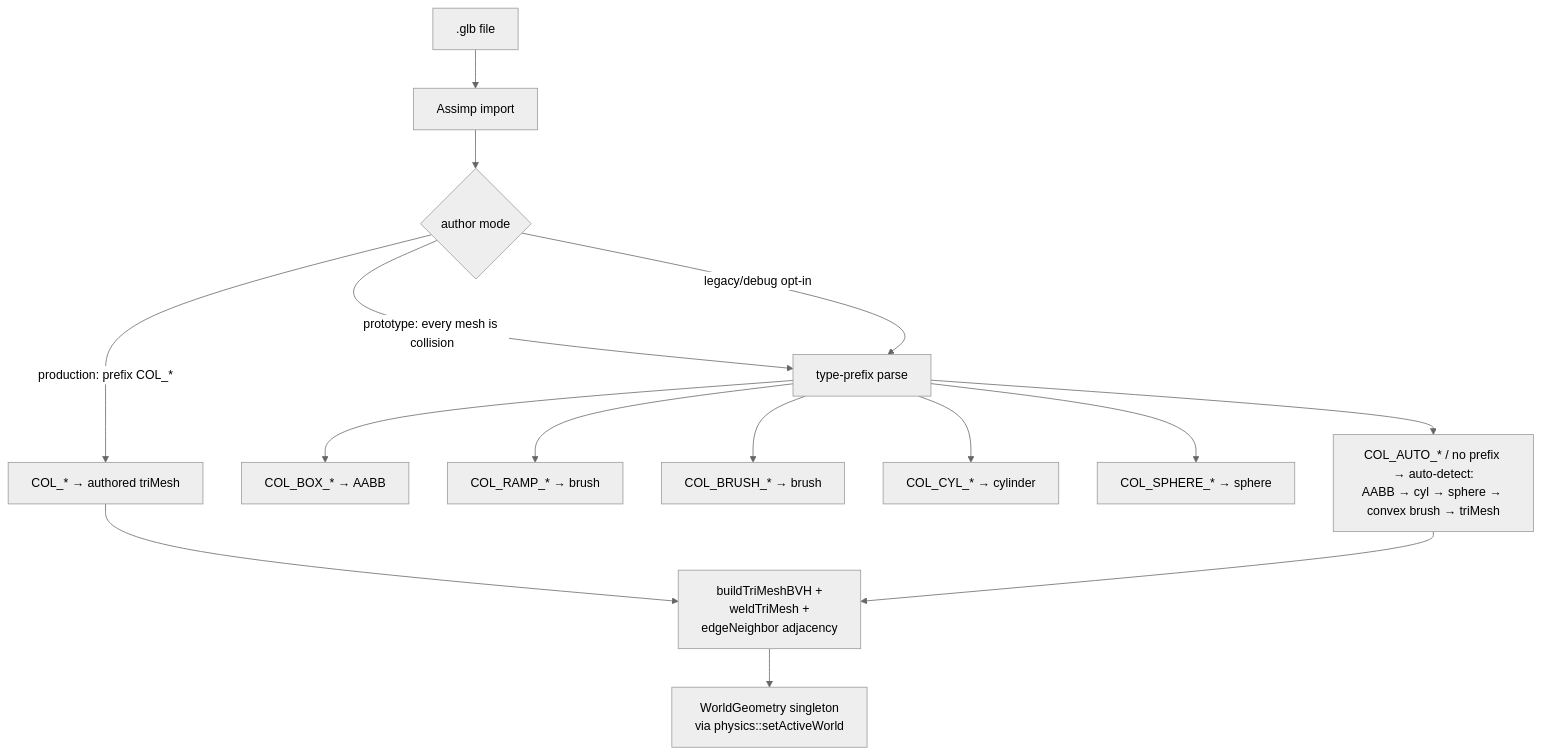
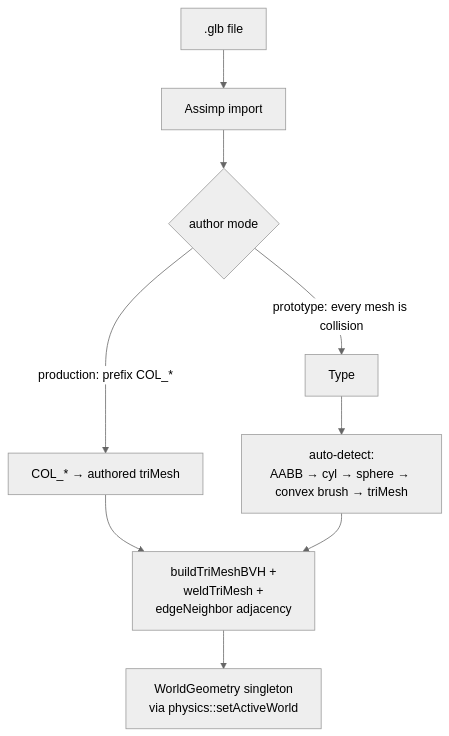
One commit to ucsd-cse125-sp26/group2 changed the third of 6 diagrams in docs/collisions.md. Above: the diagram before and after it, drawn with Mermaid (neutral theme). The commit also changed 4 other files, not shown here.

````diff
--- a/docs/collisions.md
+++ b/docs/collisions.md
@@ -58,17 +58,11 @@
 ```mermaid
 flowchart TD
   GLB[.glb file] --> Imp[Assimp import]
   Imp --> AuthMode{author mode}
   AuthMode -- "prototype: every mesh is collision" --> Type
   AuthMode -- "production: prefix COL_*" --> Mesh[COL_* → authored triMesh]
-  AuthMode -- "legacy/debug opt-in" --> Type[type-prefix parse]
-  Type --> Box[COL_BOX_* → AABB]
-  Type --> Ramp[COL_RAMP_* → brush]
-  Type --> Brush[COL_BRUSH_* → brush]
-  Type --> Cyl[COL_CYL_* → cylinder]
-  Type --> Sphere[COL_SPHERE_* → sphere]
-  Type --> Auto[COL_AUTO_* / no prefix → auto-detect:<br/>AABB → cyl → sphere → convex brush → triMesh]
+  Type --> Auto[auto-detect:<br/>AABB → cyl → sphere → convex brush → triMesh]
   Mesh --> Cook[buildTriMeshBVH +<br/>weldTriMesh +<br/>edgeNeighbor adjacency]
   Auto --> Cook
   Cook --> World[WorldGeometry singleton<br/>via physics::setActiveWorld]
 ```
````
